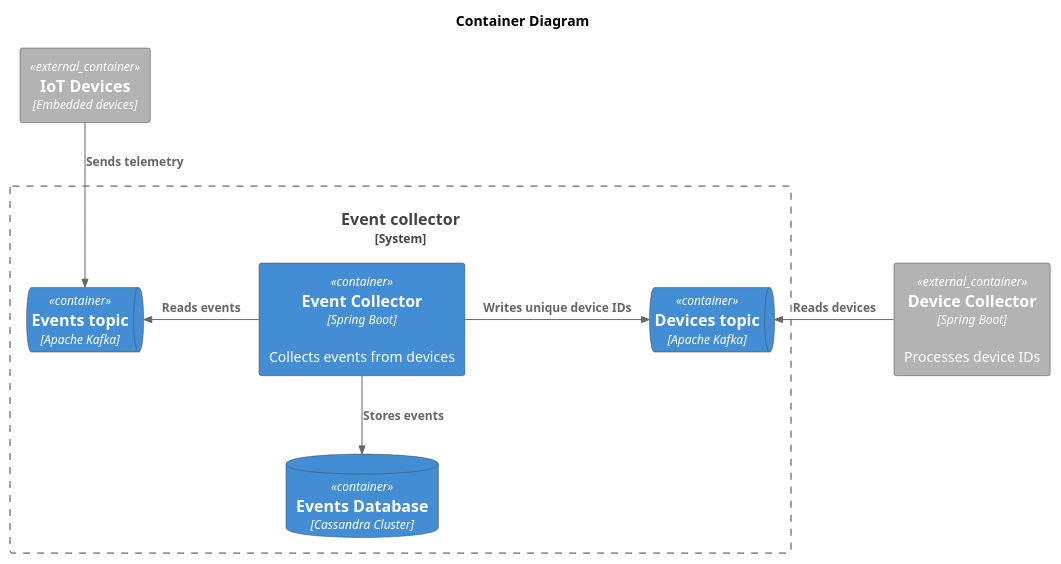
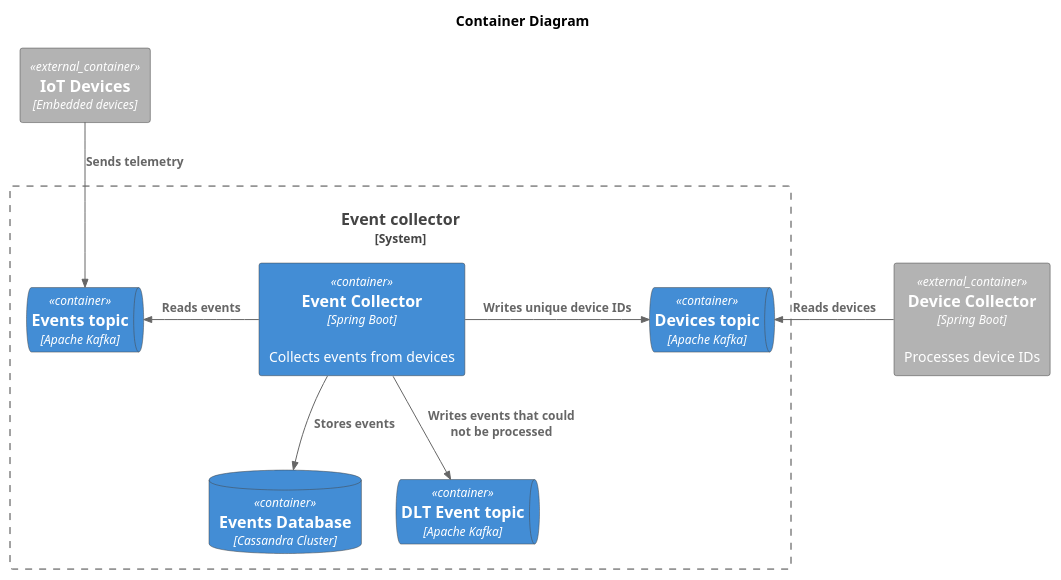
Before and after one commit to ds-usova/ourcode-iot-platform: the diagram in event-collector/architecture/diagrams/container.puml, drawn with PlantUML. The commit also changed 9 other files, not shown here.

Commit message:
Send events that couldn't be processed to DLT

```diff
--- a/event-collector/architecture/diagrams/container.puml
+++ b/event-collector/architecture/diagrams/container.puml
@@ -1,31 +1,33 @@
 @startuml Context
 !include https://raw.githubusercontent.com/plantuml-stdlib/C4-PlantUML/master/C4_Container.puml
 
 title "Container Diagram"
 
 ' Styles
 UpdateElementStyle("container", $borderColor="#444444")
 UpdateElementStyle("external_container", $borderColor="#444444")
 
 System_Boundary(system, "Event collector") {
 
     ' Containers
     Container(event_collector, "Event Collector", "Spring Boot", "Collects events from devices")
     ContainerDb(event_db, "Events Database", "Cassandra Cluster")
     ContainerQueue(events_topic, "Events topic", "Apache Kafka")
     ContainerQueue(devices_topic, "Devices topic", "Apache Kafka")
+    ContainerQueue(dlt_topic, "DLT Event topic", "Apache Kafka")
 
     ' External containers
 
     ' Relations
     Rel_L(event_collector, events_topic, "Reads events")
+    Rel_D(event_collector, dlt_topic, "Writes events that could not be processed")
     Rel_D(event_collector, event_db, "Stores events")
     Rel_R(event_collector, devices_topic, "Writes unique device IDs")
 }
 
 Container_Ext(iot_devices, "IoT Devices", "Embedded devices")
 Container_Ext(device_collector, "Device Collector", "Spring Boot", "Processes device IDs")
 
 Rel(iot_devices, events_topic, "Sends telemetry")
 Rel_R(device_collector, devices_topic, "Reads devices")
 @enduml
```
